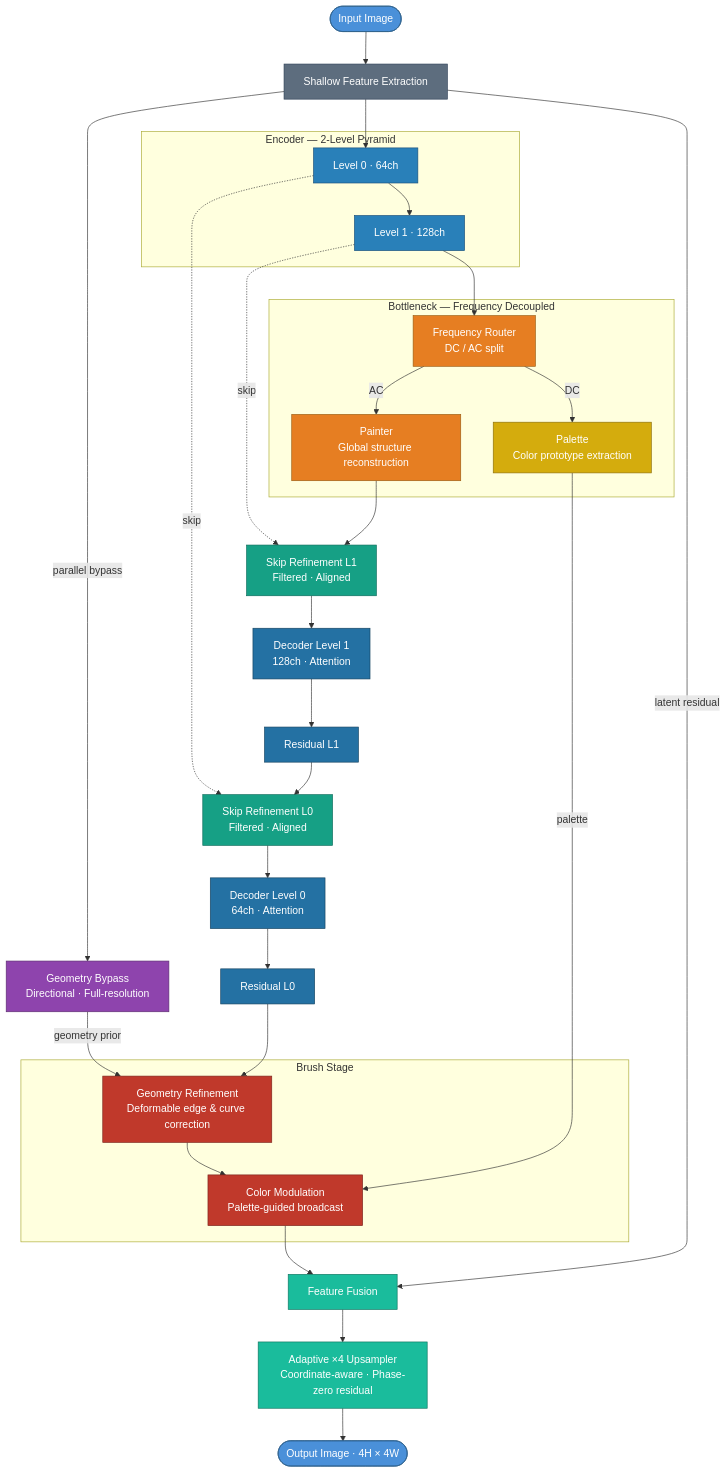
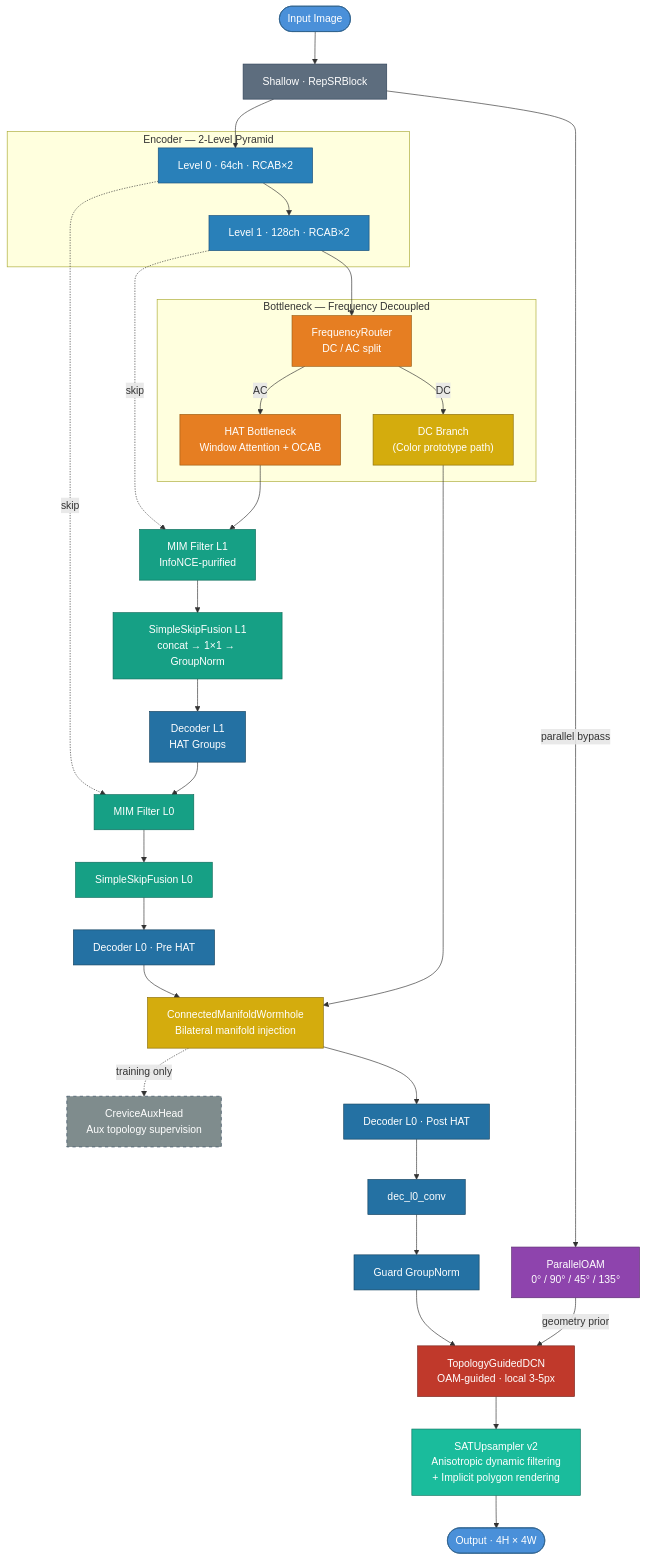
One commit to yumenana/Caelum changed the diagram in README.md. Above: the diagram before and after it, drawn with Mermaid. The commit also changed other lines of this file and 13 other files, not shown here.

````diff
--- a/README.md
+++ b/README.md
@@ -154,64 +168,64 @@
 ```mermaid
 flowchart TD
-    In(["Input Image"]) --> SE["Shallow Feature Extraction"]
-
-    SE -->|"parallel bypass"| GB["Geometry Bypass<br/>Directional · Full-resolution"]
+    In(["Input Image"]) --> SE["Shallow · RepSRBlock"]
+    SE -->|"parallel bypass"| OAM["ParallelOAM<br/>0° / 90° / 45° / 135°"]
     SE --> L0
 
     subgraph Encoder["Encoder — 2-Level Pyramid"]
-        L0["Level 0 · 64ch"] --> L1["Level 1 · 128ch"]
+        L0["Level 0 · 64ch · RCAB×2"] --> L1["Level 1 · 128ch · RCAB×2"]
     end
 
     L1 --> FR
-
     subgraph BN["Bottleneck — Frequency Decoupled"]
-        FR["Frequency Router<br/>DC / AC split"]
-        FR -->|"DC"| PAL["Palette<br/>Color prototype extraction"]
-        FR -->|"AC"| PAI["Painter<br/>Global structure reconstruction"]
+        FR["FrequencyRouter<br/>DC / AC split"]
+        FR -->|"AC"| PAI["HAT Bottleneck<br/>Window Attention + OCAB"]
+        FR -->|"DC"| DCBR["DC Branch<br/>(Color prototype path)"]
     end
 
-    L1 -.->|"skip"| SCR1["Skip Refinement L1<br/>Filtered · Aligned"]
-    PAI --> SCR1
-    SCR1 --> DL1["Decoder Level 1<br/>128ch · Attention"]
-    DL1 --> R1["Residual L1"]
+    L1 -.->|"skip"| MIM1["MIM Filter L1<br/>InfoNCE-purified"]
+    PAI --> MIM1
+    MIM1 --> SF1["SimpleSkipFusion L1<br/>concat → 1×1 → GroupNorm"]
+    SF1 --> DL1["Decoder L1<br/>HAT Groups"]
 
-    L0 -.->|"skip"| SCR0["Skip Refinement L0<br/>Filtered · Aligned"]
-    R1 --> SCR0
-    SCR0 --> DL0["Decoder Level 0<br/>64ch · Attention"]
-    DL0 --> R0["Residual L0"]
+    L0 -.->|"skip"| MIM0["MIM Filter L0"]
+    DL1 --> MIM0
+    MIM0 --> SF0["SimpleSkipFusion L0"]
+    SF0 --> DL0P["Decoder L0 · Pre HAT"]
 
-    subgraph Brush["Brush Stage"]
-        GR["Geometry Refinement<br/>Deformable edge & curve correction"]
-        GR --> CM["Color Modulation<br/>Palette-guided broadcast"]
-    end
+    DL0P --> CMW["ConnectedManifoldWormhole<br/>Bilateral manifold injection"]
+    DCBR --> CMW
+    CMW -.->|"training only"| AUX["CreviceAuxHead<br/>Aux topology supervision"]
+    CMW --> DL0Q["Decoder L0 · Post HAT"]
+    DL0Q --> DCONV["dec_l0_conv"]
 
-    GB -->|"geometry prior"| GR
-    R0 --> GR
-    PAL -->|"palette"| CM
-    CM --> FUSE
-    SE -->|"latent residual"| FUSE["Feature Fusion"]
-    FUSE --> UP["Adaptive ×4 Upsampler<br/>Coordinate-aware · Phase-zero residual"]
-    UP --> Out(["Output Image · 4H × 4W"])
+    DCONV --> GUARD["Guard GroupNorm"]
+    GUARD --> TDCN["TopologyGuidedDCN<br/>OAM-guided · local 3-5px"]
+    OAM -->|"geometry prior"| TDCN
+
+    TDCN --> UP["SATUpsampler v2<br/>Anisotropic dynamic filtering<br/>+ Implicit polygon rendering"]
+    UP --> Out(["Output · 4H × 4W"])
 
 classDef io fill:#4A90D9,stroke:#2C5F8A,color:#fff
 classDef se fill:#5D6D7E,stroke:#2E4057,color:#fff
 classDef bypass fill:#8E44AD,stroke:#5B2C6F,color:#fff
 classDef enc fill:#2980B9,stroke:#1A4F7A,color:#fff
 classDef btn fill:#E67E22,stroke:#9A5C12,color:#fff
 classDef pal fill:#D4AC0D,stroke:#8B6E0A,color:#fff
 classDef skip fill:#16A085,stroke:#0B6B5A,color:#fff
 classDef dec fill:#2471A3,stroke:#154360,color:#fff
 classDef brush fill:#C0392B,stroke:#7B241C,color:#fff
 classDef up fill:#1ABC9C,stroke:#0E7560,color:#fff
+classDef aux fill:#7F8C8D,stroke:#34495E,color:#fff,stroke-dasharray:5 5
 
 class In,Out io
 class SE se
-class GB bypass
+class OAM bypass
 class L0,L1 enc
 class FR,PAI btn
-class PAL pal
-class SCR0,SCR1 skip
-class DL1,DL0,R1,R0 dec
-class GR,CM brush
-class FUSE,UP up
+class DCBR,CMW pal
+class MIM0,MIM1,SF0,SF1 skip
+class DL1,DL0P,DL0Q,DCONV,GUARD dec
+class TDCN brush
+class UP up
+class AUX aux
 ```
````
